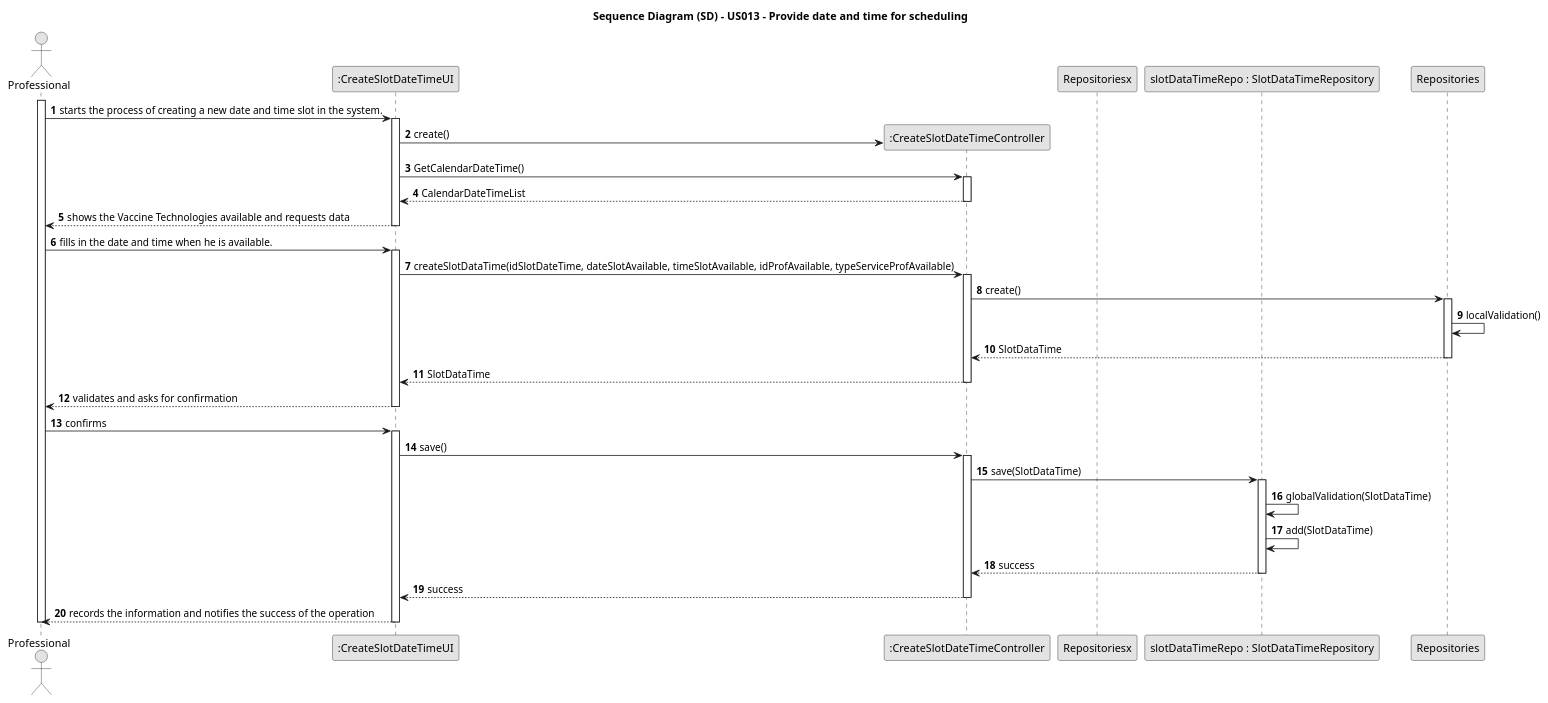
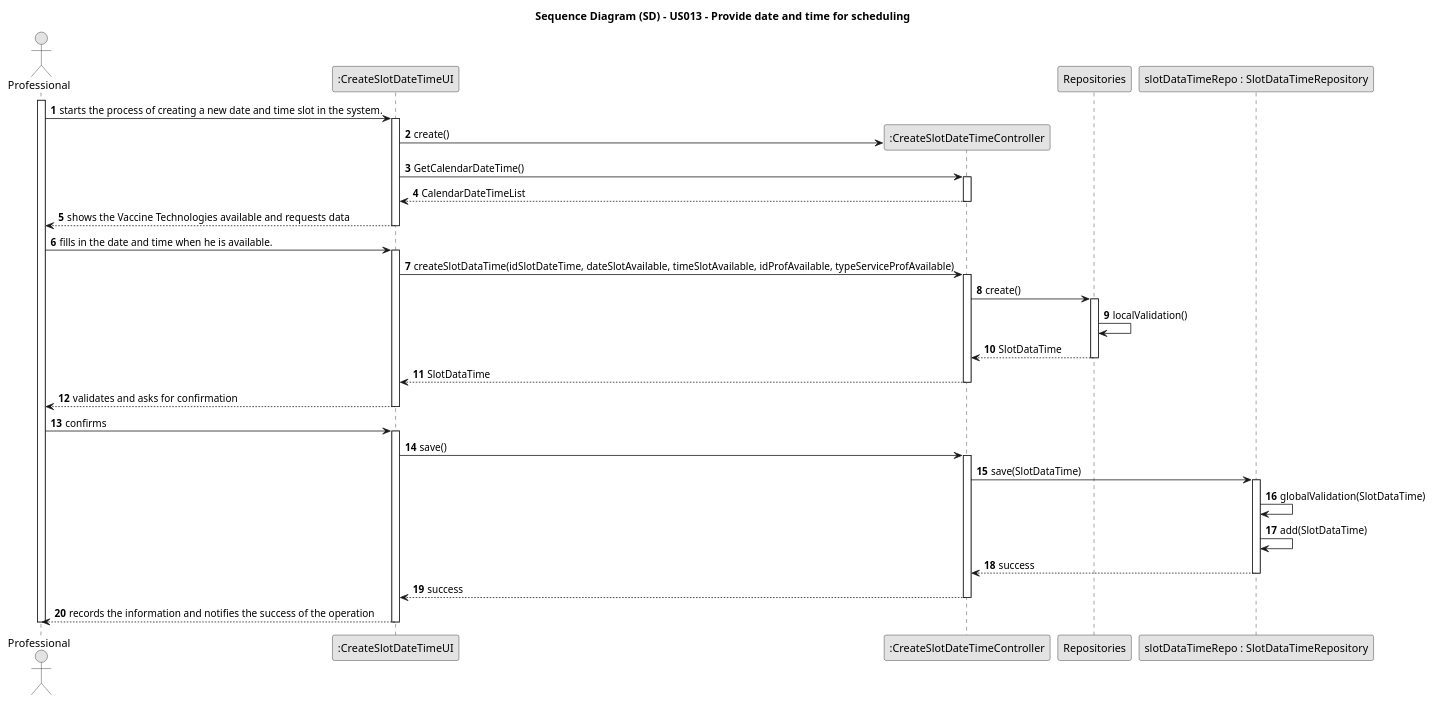
One commit to tbarracha/Upskill-Sprint-2-Gladly-Given changed the diagram in javaSprint2GladlyGiven/Docs/UseCases/uc013/us013-SD.puml. Above: the diagram before and after it, drawn with PlantUML. The commit also changed 15 other files, not shown here.

```diff
--- a/javaSprint2GladlyGiven/Docs/UseCases/uc013/us013-SD.puml
+++ b/javaSprint2GladlyGiven/Docs/UseCases/uc013/us013-SD.puml
@@ -1,60 +1,60 @@
 @startuml
 skinparam monochrome true
 skinparam packageStyle rectangle
 skinparam shadowing false
 
 title Sequence Diagram (SD) - US013 - Provide date and time for scheduling
 
 
 autonumber
 
 actor Professional
 participant ":CreateSlotDateTimeUI" as ui
 participant ":CreateSlotDateTimeController" as ctrl
-participant Repositoriesx
+participant Repositories
 participant "slotDataTimeRepo : SlotDataTimeRepository" as SlotDataTimeRepo
 
 
 activate Professional
 
     Professional -> ui : starts the process of creating a new date and time slot in the system.
     activate ui
         ui -> ctrl** : create()
         ui -> ctrl : GetCalendarDateTime()
         activate ctrl
                         ctrl --> ui : CalendarDateTimeList
             deactivate ctrl
             ui --> Professional : shows the Vaccine Technologies available and requests data
     deactivate ui
 
     Professional -> ui : fills in the date and time when he is available.
     activate ui
         ui -> ctrl : createSlotDataTime(idSlotDateTime, dateSlotAvailable, timeSlotAvailable, idProfAvailable, typeServiceProfAvailable)
         activate ctrl
             ctrl -> Repositories : create()
             activate Repositories
                 Repositories -> Repositories : localValidation()
                 Repositories --> ctrl : SlotDataTime
             deactivate Repositories
             ctrl --> ui : SlotDataTime
         deactivate ctrl
         ui --> Professional : validates and asks for confirmation
     deactivate ui
 
     Professional -> ui : confirms
     activate ui
         ui -> ctrl : save()
         activate ctrl
             ctrl -> SlotDataTimeRepo : save(SlotDataTime)
             activate SlotDataTimeRepo
                 SlotDataTimeRepo -> SlotDataTimeRepo : globalValidation(SlotDataTime)
                 SlotDataTimeRepo -> SlotDataTimeRepo : add(SlotDataTime)
                 SlotDataTimeRepo --> ctrl : success
             deactivate SlotDataTimeRepo
             ctrl --> ui : success
         deactivate ctrl
         ui --> Professional : records the information and notifies the success of the operation
     deactivate ui
 deactivate Professional
 
 @enduml
```
